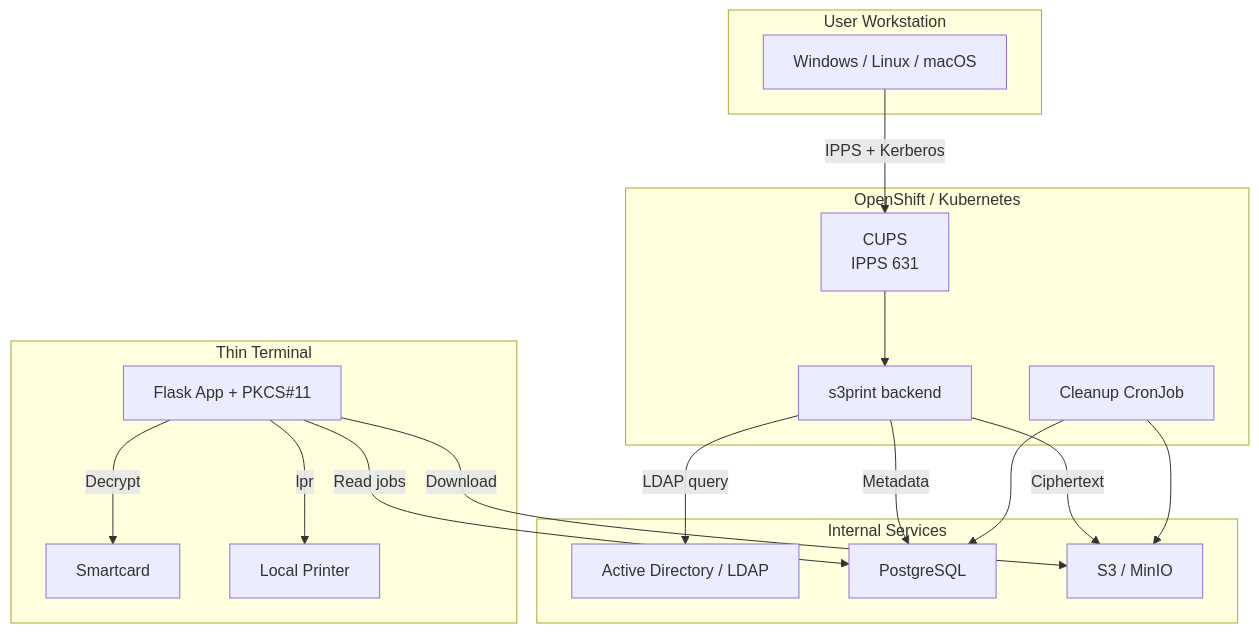
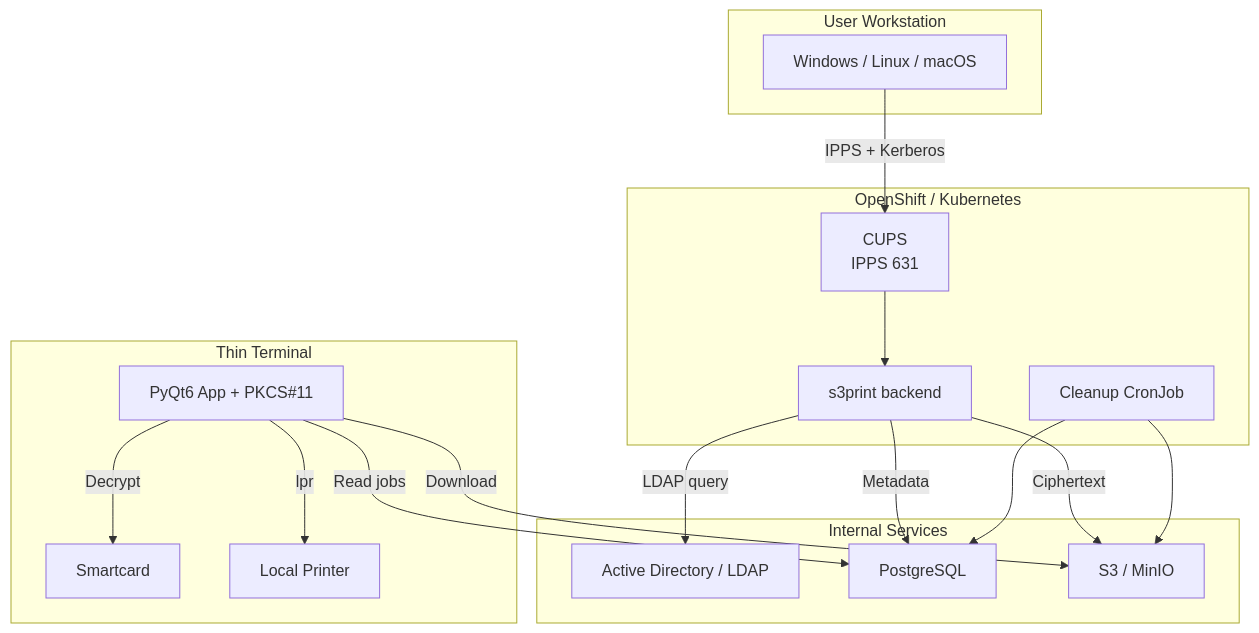
The first of 2 diagrams in README.md (alun-hub/secure-print), drawn with Mermaid before and after one commit. The commit also changed other lines of this file and 7 other files, not shown here.

````diff
--- a/README.md
+++ b/README.md
@@ -77,38 +77,38 @@
 ```mermaid
 flowchart TB
 
 subgraph CLIENT["User Workstation"]
     PC["Windows / Linux / macOS"]
 end
 
 subgraph OPENSHIFT["OpenShift / Kubernetes"]
     CUPS["CUPS\nIPPS 631"]
     BACKEND["s3print backend"]
     CRON["Cleanup CronJob"]
 end
 
 subgraph SERVICES["Internal Services"]
     AD["Active Directory / LDAP"]
     DB["PostgreSQL"]
     S3["S3 / MinIO"]
 end
 
 subgraph TERMINAL["Thin Terminal"]
-    APP["Flask App + PKCS#11"]
+    APP["PyQt6 App + PKCS#11"]
     CARD["Smartcard"]
     PRINTER["Local Printer"]
 end
 
 PC -->|IPPS + Kerberos| CUPS
 CUPS --> BACKEND
 BACKEND -->|LDAP query| AD
 BACKEND -->|Ciphertext| S3
 BACKEND -->|Metadata| DB
 CRON --> DB
 CRON --> S3
 
 APP -->|Read jobs| DB
 APP -->|Download| S3
 APP -->|Decrypt| CARD
 APP -->|lpr| PRINTER
 ```
````
